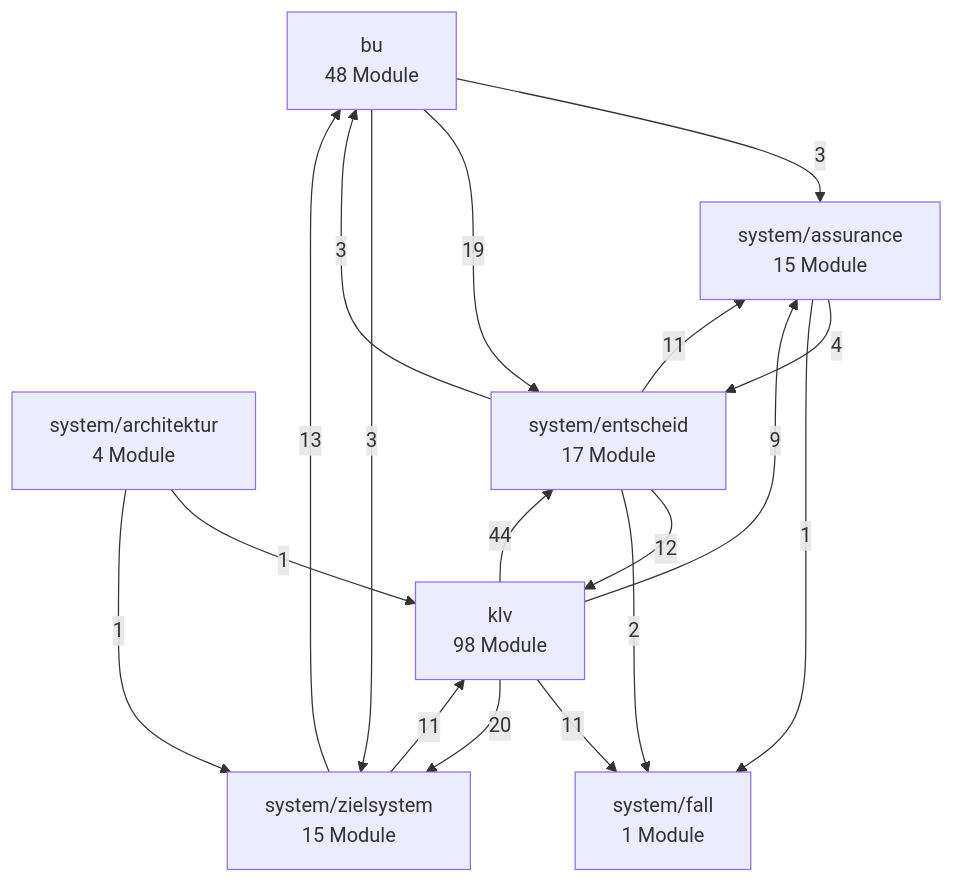
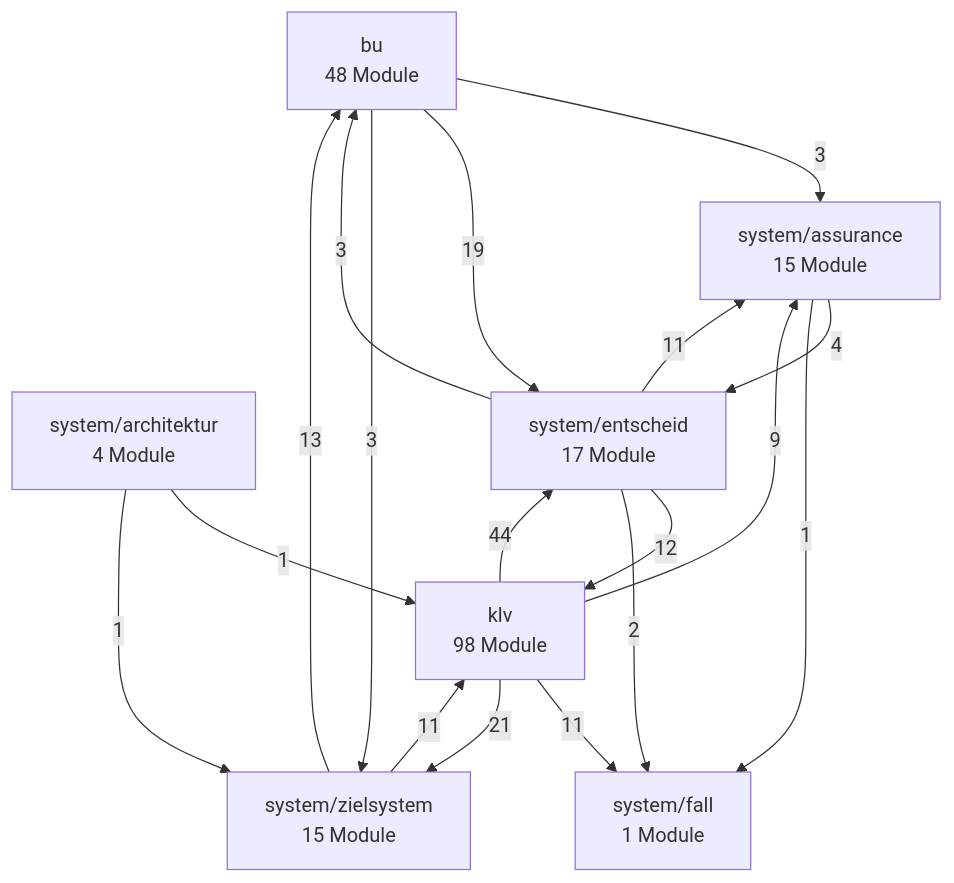
The second of 3 diagrams in docs/architektur/landkarte.md (bartlmac/rechner-pipeline), drawn with Mermaid before and after one commit. The commit also changed other lines of this file and 11 other files, not shown here.

````diff
--- a/docs/architektur/landkarte.md
+++ b/docs/architektur/landkarte.md
@@ -93,28 +93,28 @@
 ```mermaid
 %% Fachknoten — erzeugt von ontologie.landkarte
 flowchart TD
     bu["bu<br/>48 Module"]
     klv["klv<br/>98 Module"]
     system_architektur["system/architektur<br/>4 Module"]
     system_assurance["system/assurance<br/>15 Module"]
     system_entscheid["system/entscheid<br/>17 Module"]
     system_fall["system/fall<br/>1 Module"]
     system_zielsystem["system/zielsystem<br/>15 Module"]
     bu -- 3 --> system_assurance
     bu -- 19 --> system_entscheid
     bu -- 3 --> system_zielsystem
     klv -- 9 --> system_assurance
     klv -- 44 --> system_entscheid
     klv -- 11 --> system_fall
-    klv -- 20 --> system_zielsystem
+    klv -- 21 --> system_zielsystem
     system_architektur -- 1 --> klv
     system_architektur -- 1 --> system_zielsystem
     system_assurance -- 4 --> system_entscheid
     system_assurance -- 1 --> system_fall
     system_entscheid -- 3 --> bu
     system_entscheid -- 12 --> klv
     system_entscheid -- 11 --> system_assurance
     system_entscheid -- 2 --> system_fall
     system_zielsystem -- 13 --> bu
     system_zielsystem -- 11 --> klv
 ```
````
